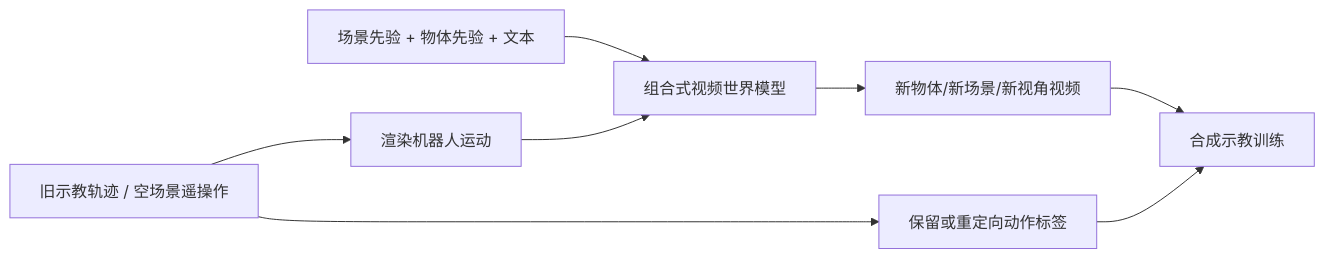
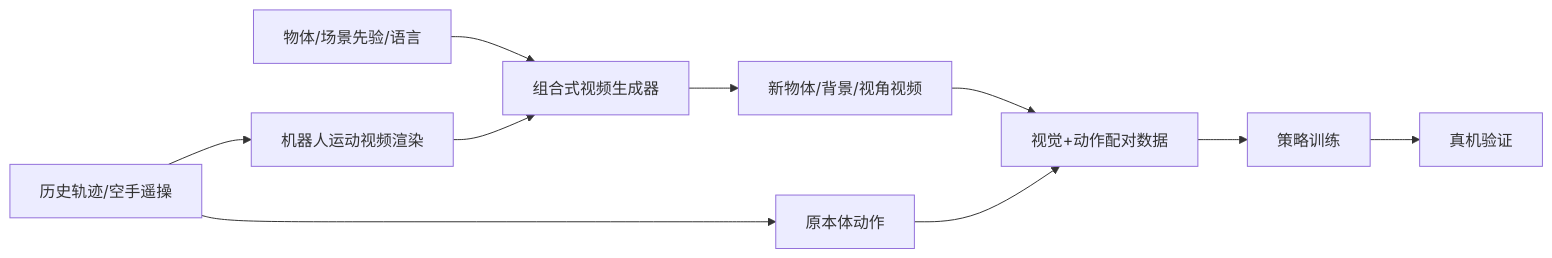
The ninth of 13 diagrams in docs/Sim2Real_前沿技术路线综述_2025-2026.md (AforestSong/Sim2Real-Frontier-Survey), drawn with Mermaid before and after one commit. The commit also changed other lines of this file and 7 other files, not shown here.

````diff
--- a/docs/Sim2Real_前沿技术路线综述_2025-2026.md
+++ b/docs/Sim2Real_前沿技术路线综述_2025-2026.md
@@ -329,10 +520,12 @@
 ```mermaid
 flowchart LR
- A[旧示教轨迹 / 空场景遥操作] --> B[渲染机器人运动]
- C[场景先验 + 物体先验 + 文本] --> D[组合式视频世界模型]
+ A[历史轨迹/空手遥操] --> B[机器人运动视频渲染]
+ C[物体/场景先验/语言] --> D[组合式视频生成器]
  B --> D
- D --> E[新物体/新场景/新视角视频]
- A --> F[保留或重定向动作标签]
- E --> G[合成示教训练]
+ D --> E[新物体/背景/视角视频]
+ A --> F[原本体动作]
+ E --> G[视觉+动作配对数据]
  F --> G
+ G --> H[策略训练]
+ H --> I[真机验证]
 ```
````
